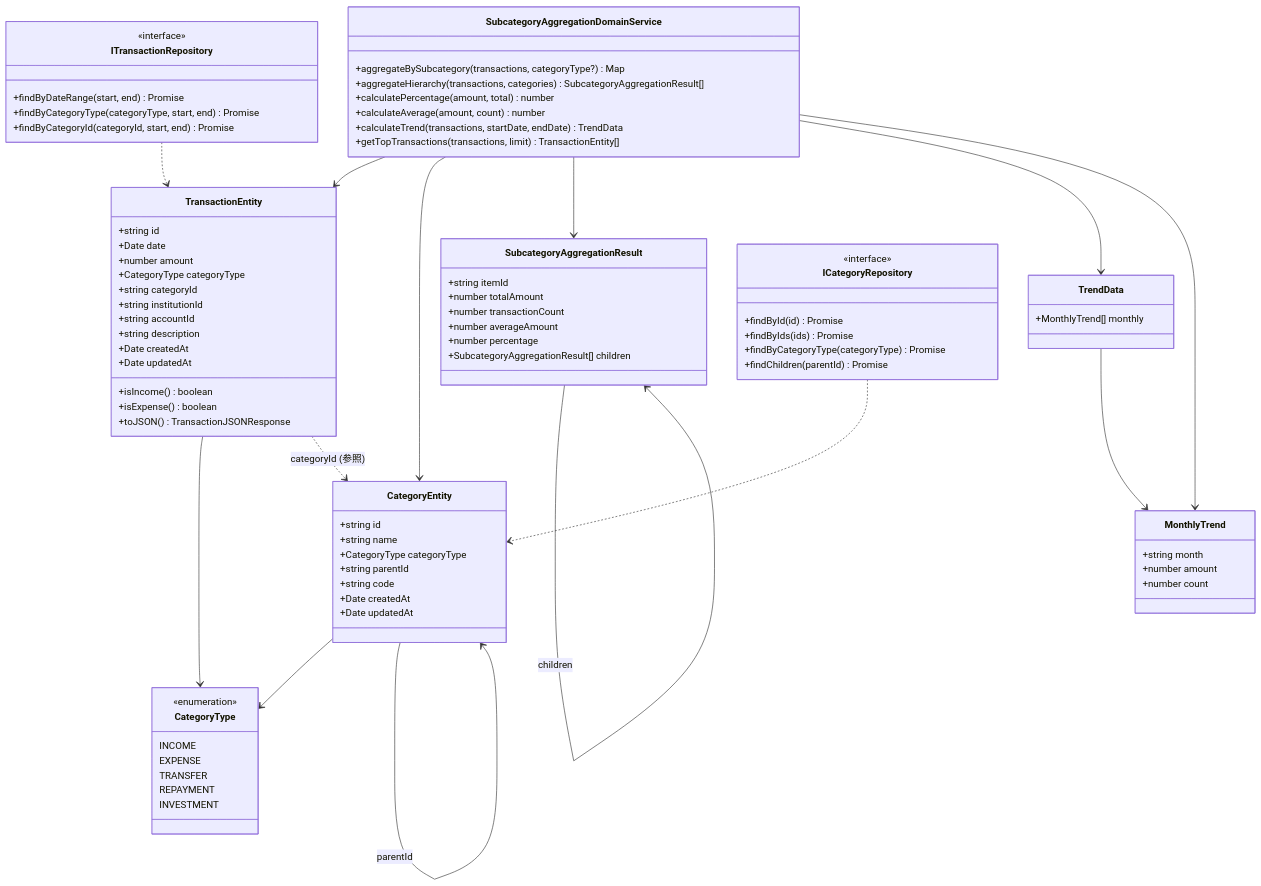
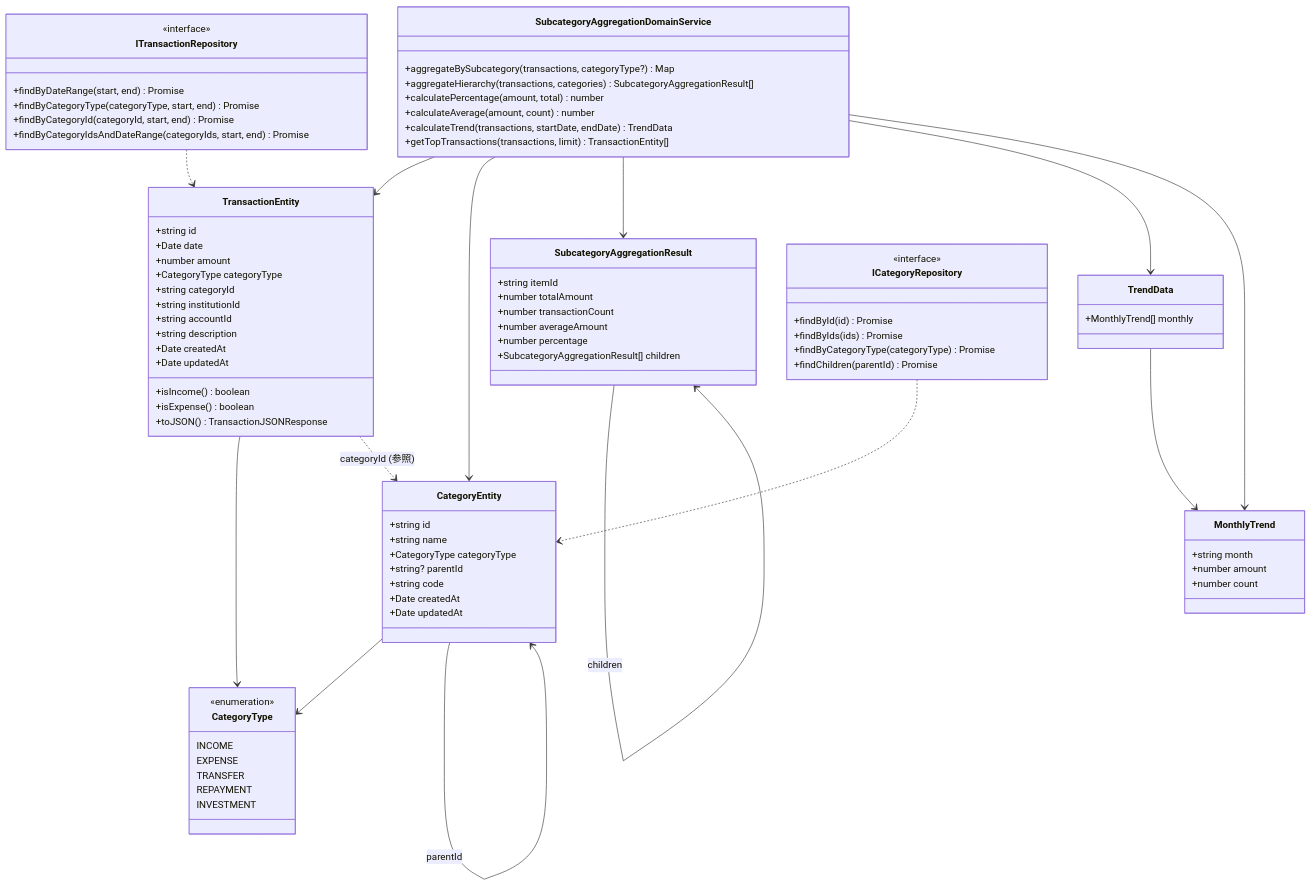
One commit to kencom2400/account-book changed the first of 4 diagrams in docs/detailed-design/FR-019_subcategory-aggregation/class-diagrams.md. Above: the diagram before and after it, drawn with Mermaid. The commit also changed other lines of this file, not shown here.

First line of the commit message:
docs: Gemini指摘対応 - findByCategoryIdsAndDateRangeメソッドを追加、CategoryEntity.parentIdをstring?に修正

```diff
--- a/docs/detailed-design/FR-019_subcategory-aggregation/class-diagrams.md
+++ b/docs/detailed-design/FR-019_subcategory-aggregation/class-diagrams.md
@@ -37,7 +37,7 @@
         +string id
         +string name
         +CategoryType categoryType
-        +string parentId
+        +string? parentId
         +string code
         +Date createdAt
         +Date updatedAt
@@ -85,6 +85,7 @@
         +findByDateRange(start, end) Promise<TransactionEntity[]>
         +findByCategoryType(categoryType, start, end) Promise<TransactionEntity[]>
         +findByCategoryId(categoryId, start, end) Promise<TransactionEntity[]>
+        +findByCategoryIdsAndDateRange(categoryIds, start, end) Promise<TransactionEntity[]>
     }
 
     class ICategoryRepository {
```
